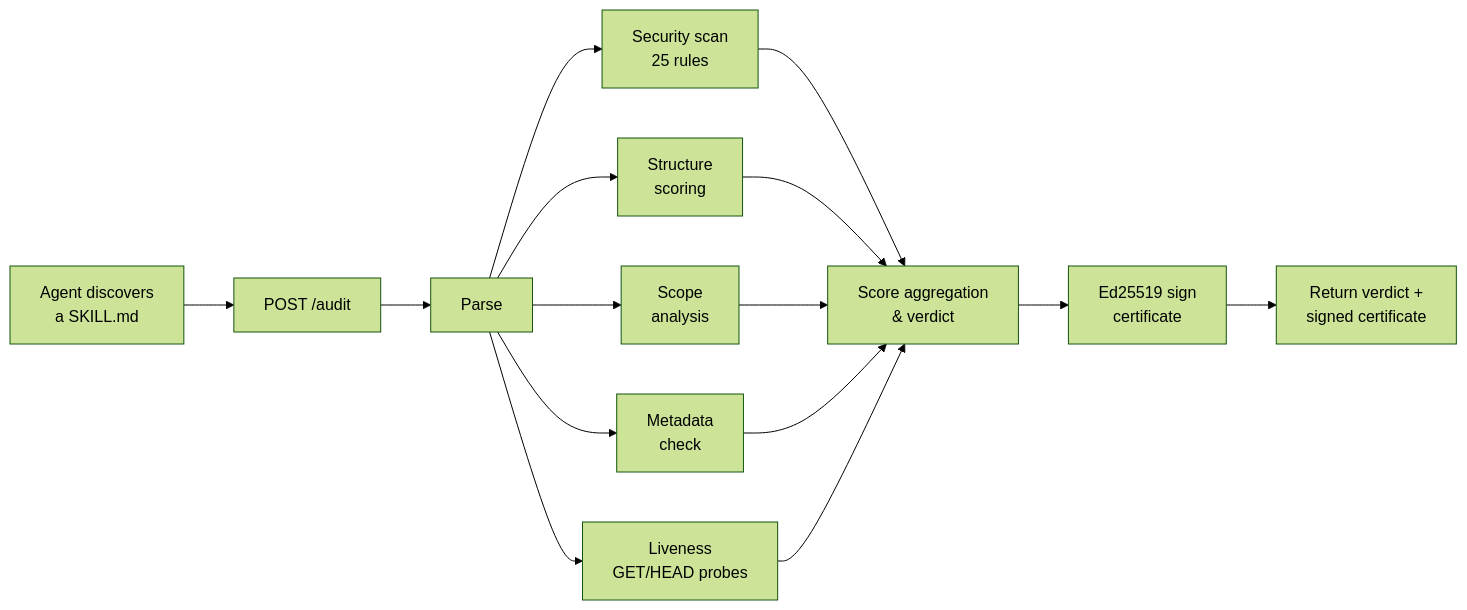
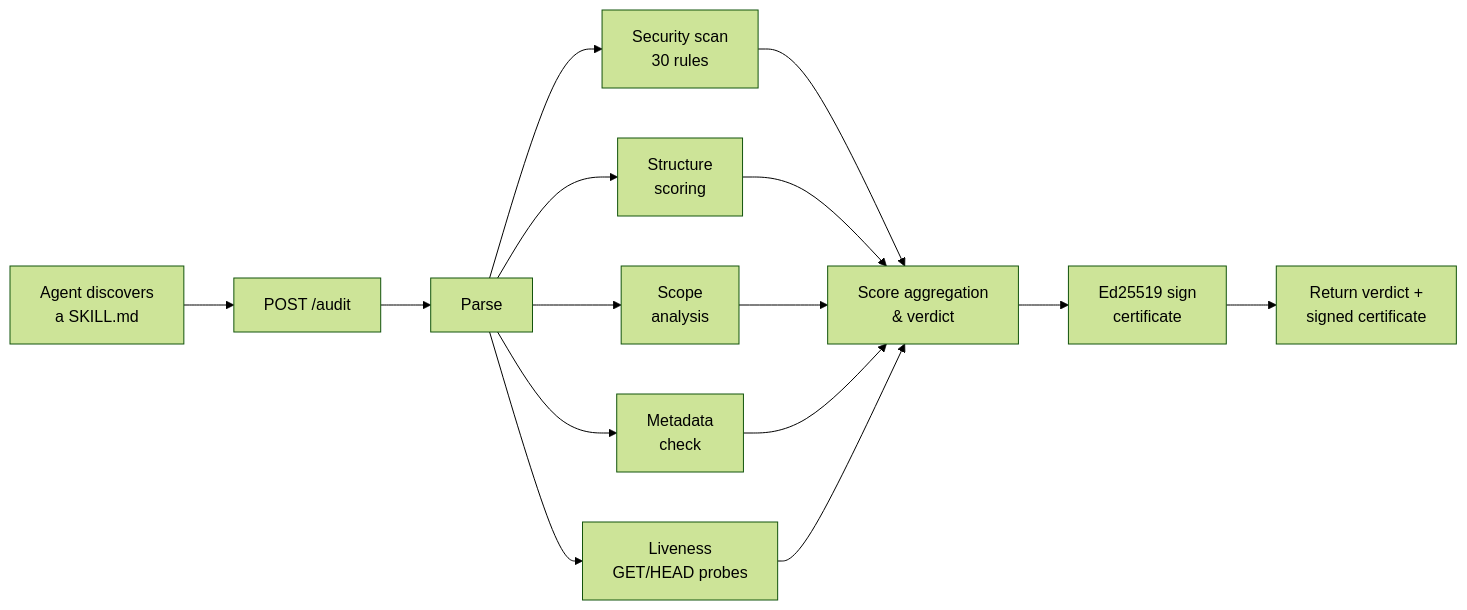
The diagram in README.md (VladimirPutkov/auditskill), drawn with Mermaid (forest theme) before and after one commit. The commit also changed other lines of this file and 6 other files, not shown here.

````diff
--- a/README.md
+++ b/README.md
@@ -44,13 +44,13 @@
 ```mermaid
 flowchart LR
     A["Agent discovers<br/>a SKILL.md"] --> B["POST /audit"]
     B --> C["Parse"]
-    C --> D["Security scan<br/>25 rules"]
+    C --> D["Security scan<br/>30 rules"]
     C --> E["Structure<br/>scoring"]
     C --> F["Scope<br/>analysis"]
     C --> G["Metadata<br/>check"]
     C --> H["Liveness<br/>GET/HEAD probes"]
     D & E & F & G & H --> I["Score aggregation<br/>& verdict"]
     I --> J["Ed25519 sign<br/>certificate"]
     J --> K["Return verdict +<br/>signed certificate"]
 ```
````
